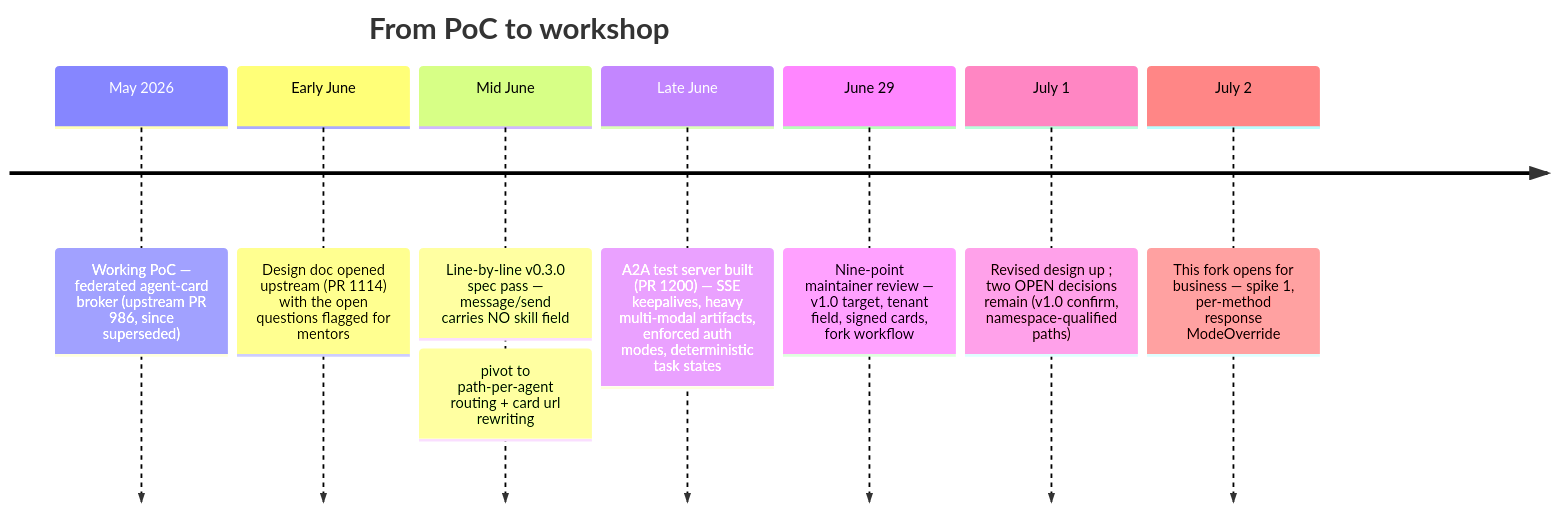
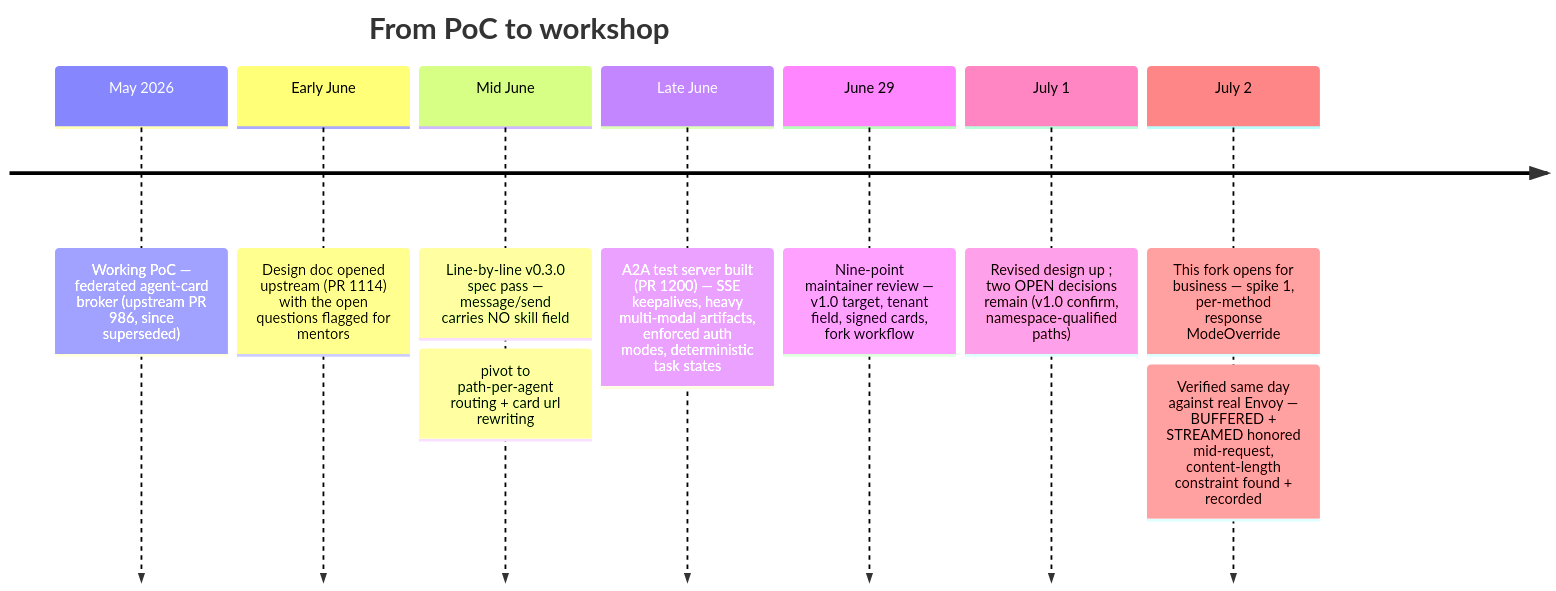
Before and after one commit to Aman-Cool/A2A-Agent2Agent-protocol: the fourth of 5 diagrams in README.md, drawn with Mermaid. The commit also changed other lines of this file, not shown here.

Commit message:
docs: update readme with spike 1 verification result

````diff
--- a/README.md
+++ b/README.md
@@ -119,11 +119,11 @@
 ```mermaid
 timeline
     title From PoC to workshop
     May 2026 : Working PoC — federated agent-card broker (upstream PR 986, since superseded)
     Early June : Design doc opened upstream (PR 1114) with the open questions flagged for mentors
     Mid June : Line-by-line v0.3.0 spec pass — message/send carries NO skill field : pivot to path-per-agent routing + card url rewriting
     Late June : A2A test server built (PR 1200) — SSE keepalives, heavy multi-modal artifacts, enforced auth modes, deterministic task states
     June 29 : Nine-point maintainer review — v1.0 target, tenant field, signed cards, fork workflow
     July 1 : Revised design up ; two OPEN decisions remain (v1.0 confirm, namespace-qualified paths)
-    July 2 : This fork opens for business — spike 1, per-method response ModeOverride
+    July 2 : This fork opens for business — spike 1, per-method response ModeOverride : Verified same day against real Envoy — BUFFERED + STREAMED honored mid-request, content-length constraint found + recorded
 ```
````
